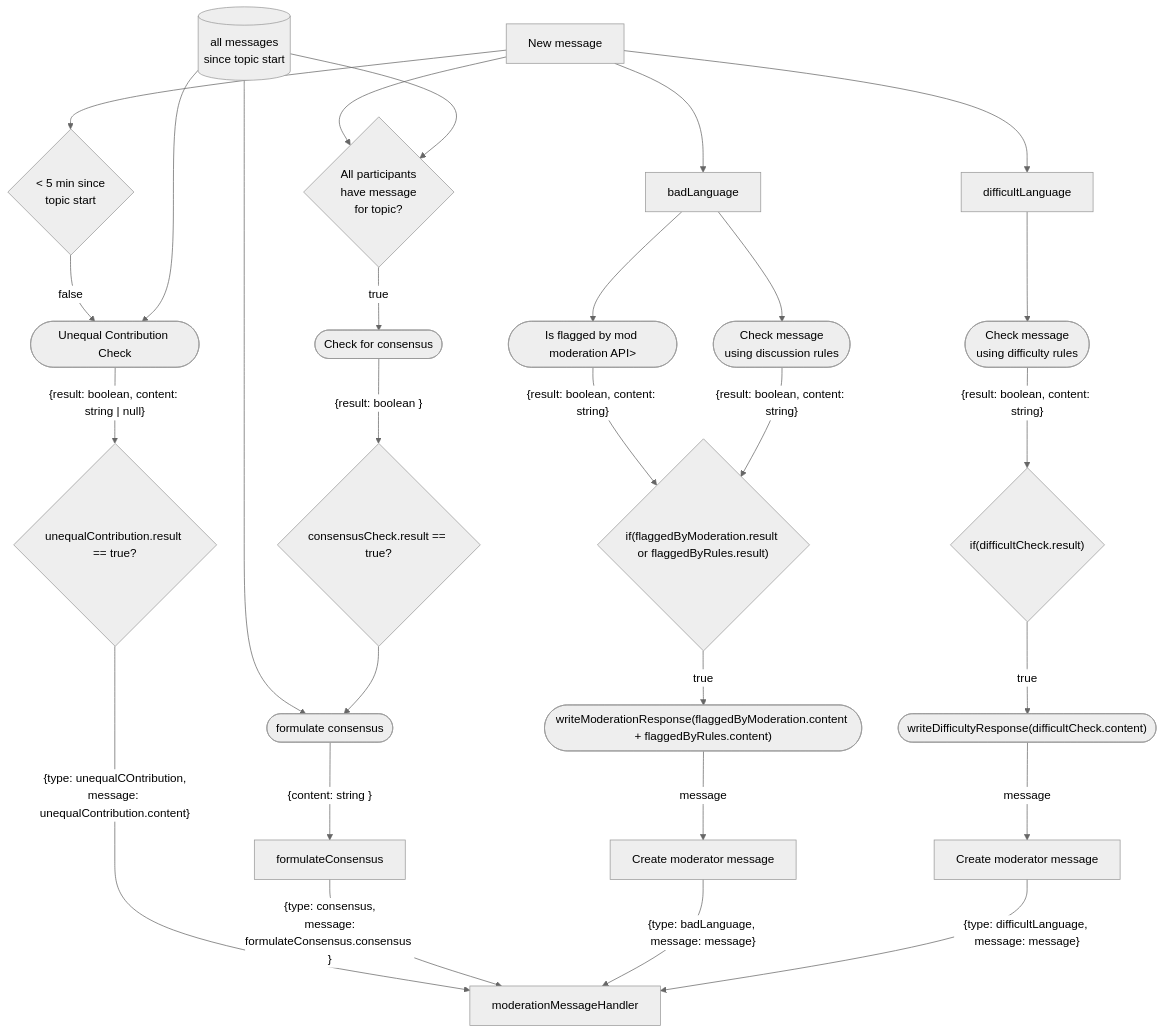
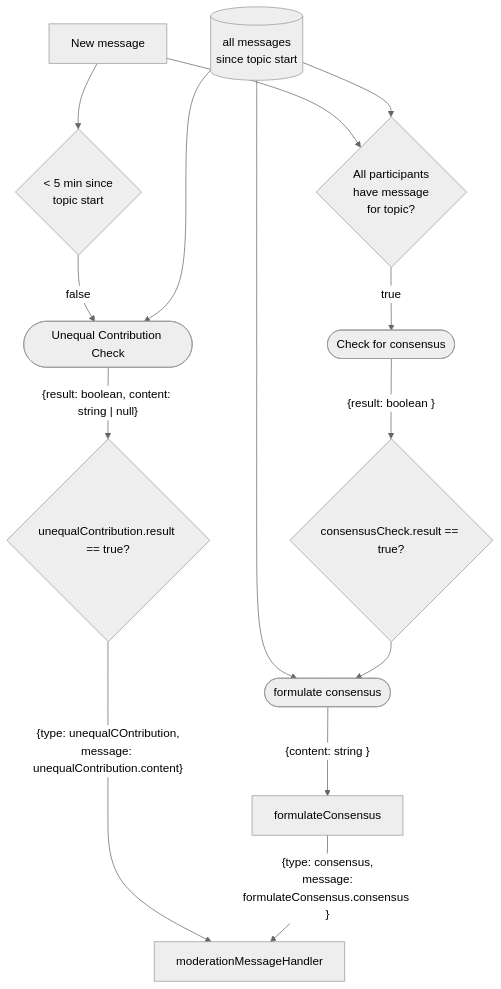
The diagram in projects/deliberation_at_scale/packages/moderator-explorations/moderator-flow-chart.md (openai/democratic-inputs), drawn with Mermaid (neutral theme) before and after one commit.

Commit message:
docs(deliberation-at-scale): moderator-explorations: added flowcharts for contribution and consensus moderators

```diff
--- a/projects/deliberation_at_scale/packages/moderator-explorations/moderator-flow-chart.md
+++ b/projects/deliberation_at_scale/packages/moderator-explorations/moderator-flow-chart.md
@@ -1,57 +1,29 @@
 :::mermaid
 flowchart TD
     newMessage[New message]
 
-    %% Equal contribution
     newMessage --> timeSinceFirstMessageInTopic{< 5 min since\ntopic start}
 
     timeSinceFirstMessageInTopic -- false --> unequalContribution([Unequal Contribution Check])
 
     allMessagesSinceTopicStart[(all messages\nsince topic start)] --> unequalContribution
 
     unequalContribution -- "{result: boolean, content: string | null}" --> unEqualContributionCheck{unequalContribution.result == true?}
 
     unEqualContributionCheck -- "{type: unequalCOntribution,\nmessage: unequalContribution.content}" --> moderationMessageHandler 
 
-    %% Consensus
     newMessage --> allParticipantsHaveContributed{All participants\nhave message\nfor topic?}
     allMessagesSinceTopicStart --> allParticipantsHaveContributed
 
     allParticipantsHaveContributed -- true --> consensusCheck([Check for consensus])
 
     consensusCheck -- "{result: boolean }" --> consensusResult{consensusCheck.result == true?}
 
+
     allMessagesSinceTopicStart --> formulateConsensus
     consensusResult--> formulateConsensus([formulate consensus])
     formulateConsensus -- "{content: string }" --> formatConsensus[formulateConsensus]
     
     formatConsensus -- "{type: consensus,\n message: formulateConsensus.consensus }" --> moderationMessageHandler
 
-    %% Bad language
-    newMessage --> badLanguageCheck[badLanguage]
-
-    badLanguageCheck --> isFlaggedByModeration([Is flagged by mod moderation API>])
-    isFlaggedByModeration -- "{result: boolean, content: string}" --> sendModMessage{"if(flaggedByModeration.result \nor flaggedByRules.result)"}
-
-    badLanguageCheck --> rulesCheck([Check message\nusing discussion rules])
-    rulesCheck -- "{result: boolean, content: string}" --> sendModMessage
-
-    sendModMessage -- true --> formulateModMessage(["writeModerationResponse(flaggedByModeration.content + flaggedByRules.content)"])
-
-    formulateModMessage -- message --> createModeratorMessage[Create moderator message]
-
-    createModeratorMessage -- "{type: badLanguage, message: message}" --> moderationMessageHandler
-
-
-    %% Difficult language
-    newMessage --> difficultLanguageCheck[difficultLanguage]
-
-    difficultLanguageCheck --> difficultCheck([Check message\nusing difficulty rules])
-    difficultCheck -- "{result: boolean, content: string}" --> sendDiffMessage{"if(difficultCheck.result)"}
-
-    sendDiffMessage -- true --> formulateDiffMessage(["writeDifficultyResponse(difficultCheck.content)"])
-
-    formulateDiffMessage -- message --> createDifficultyMessage[Create moderator message]
-
-    createDifficultyMessage -- "{type: difficultLanguage, message: message}" --> moderationMessageHandler
 :::
```
